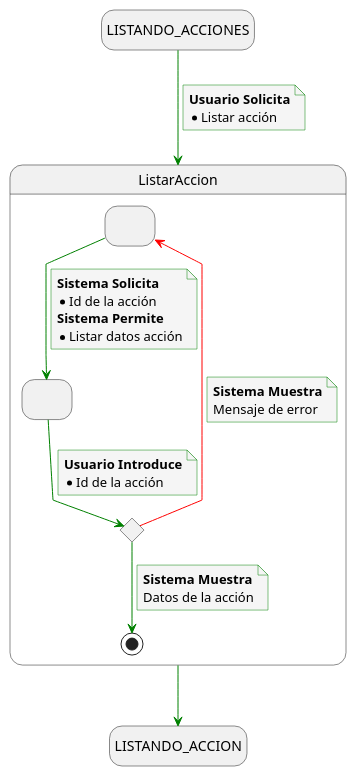
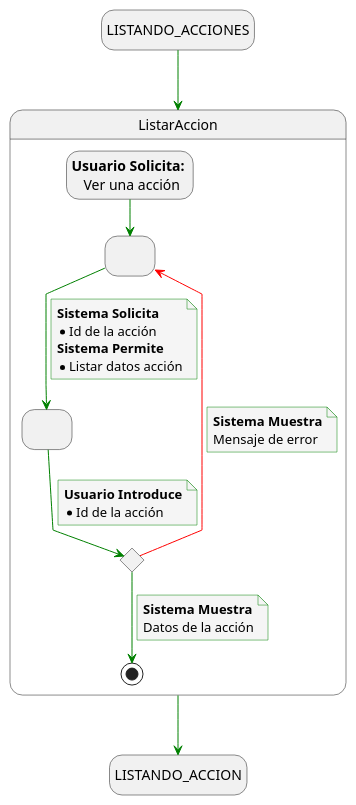
The diagram in docs/casosDeUso/detalladoCasosDeUso/detalladoAuditoria/detalladoVerAccion.puml (mmasias/24-25-IdSw1-SDR), drawn with PlantUML before and after one commit. The commit also changed 1 other file, not shown here.

Commit message:
Actualizar diagrama de auditoría para incluir la solicitud del usuario al ver una acción

```diff
--- a/docs/casosDeUso/detalladoCasosDeUso/detalladoAuditoria/detalladoVerAccion.puml
+++ b/docs/casosDeUso/detalladoCasosDeUso/detalladoAuditoria/detalladoVerAccion.puml
@@ -1,55 +1,53 @@
 @startuml listar_datos_reserva
 
 skinparam {
     NoteBackgroundColor #whiteSmoke
     ArrowColor #green
     NoteBorderColor #green
     linetype polyline
 }
 
 hide empty description
 
 state startState as "LISTANDO_ACCIONES"
 state endState as "LISTANDO_ACCION"
 
 startState --> ListarAccion 
-note on link
-    <b>Usuario Solicita</b>
-    * Listar acción
-end note
 
 ListarAccion --> endState
 
 state ListarAccion {
     state solicitudFiltros as " "
     state envioFiltros as " "
     state revisionFiltrosEnviados <<choice>>
+    state usuarioSolicita as "<b>Usuario Solicita:</b> \n Ver una acción"
 
+    usuarioSolicita --> solicitudFiltros
     solicitudFiltros --> envioFiltros
     note on link
         <b>Sistema Solicita</b>
         * Id de la acción
         <b>Sistema Permite</b>
         * Listar datos acción
     end note
 
     envioFiltros --> revisionFiltrosEnviados
     note on link
         <b>Usuario Introduce</b>
         * Id de la acción
     end note
 
     revisionFiltrosEnviados -[#red]-> solicitudFiltros
     note on link
         <b>Sistema Muestra</b>
         Mensaje de error
     end note
 
     revisionFiltrosEnviados --> [*]
     note on link
         <b>Sistema Muestra</b>
         Datos de la acción
     end note
 }
 
 @enduml
```
